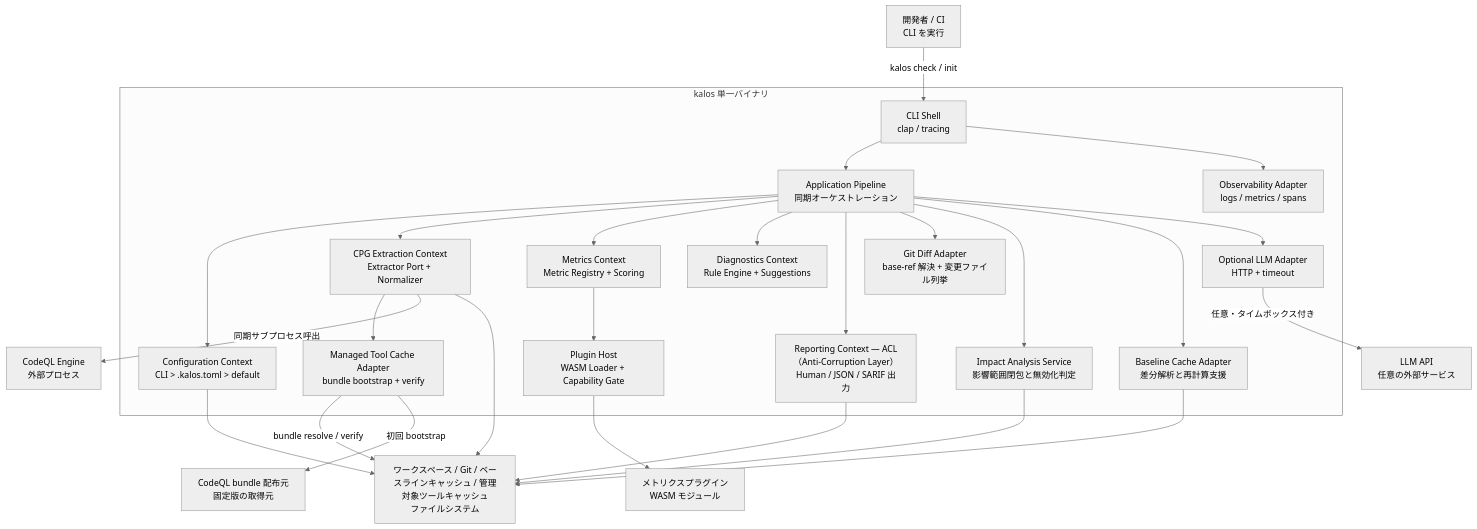
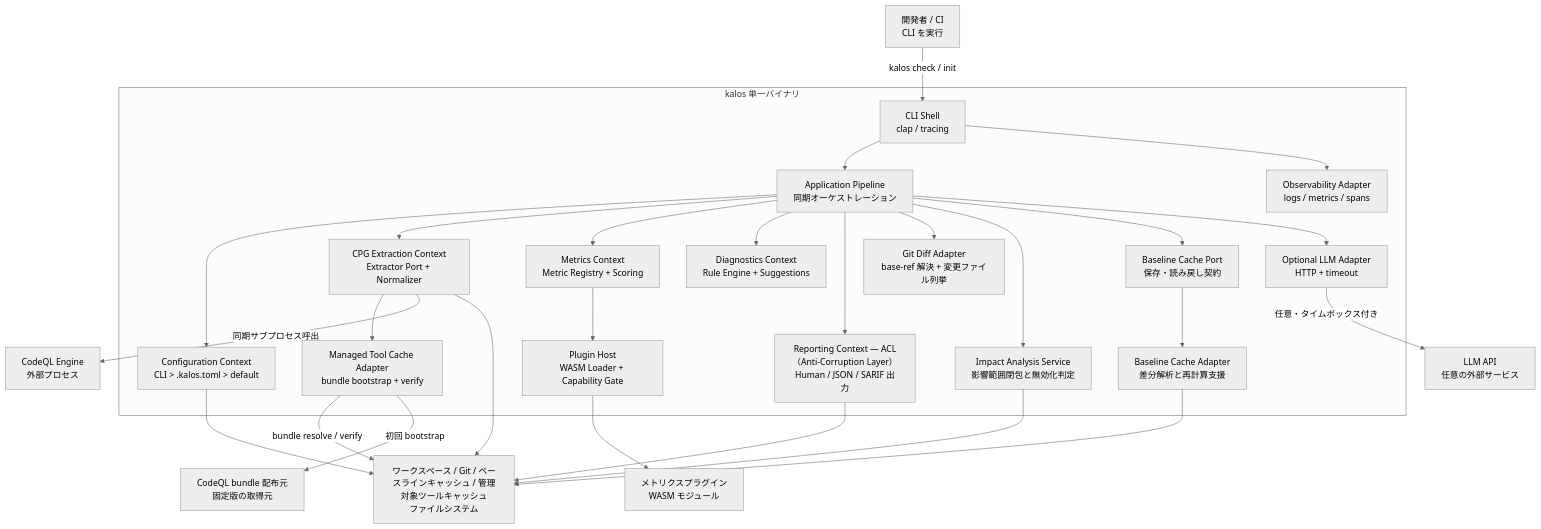
Before and after one commit to RK0429/kalos: the second of 4 diagrams in docs/architecture.md, drawn with Mermaid (neutral theme). The commit also changed other lines of this file and 6 other files, not shown here.

````diff
--- a/docs/architecture.md
+++ b/docs/architecture.md
@@ -97,51 +97,53 @@
 ```mermaid
 graph TB
     User[開発者 / CI<br>CLI を実行]
     BundleSource[CodeQL bundle 配布元<br>固定版の取得元]
     CodeQL[CodeQL Engine<br>外部プロセス]
     LLM[LLM API<br>任意の外部サービス]
     FS[ワークスペース / Git / ベースラインキャッシュ / 管理対象ツールキャッシュ<br>ファイルシステム]
     PluginPkg[メトリクスプラグイン<br>WASM モジュール]
 
     subgraph Kalos["kalos 単一バイナリ"]
         CLI[CLI Shell<br>clap / tracing]
         App[Application Pipeline<br>同期オーケストレーション]
         Config[Configuration Context<br>CLI > .kalos.toml > default]
         Cpg[CPG Extraction Context<br>Extractor Port + Normalizer]
         ToolCache[Managed Tool Cache Adapter<br>bundle bootstrap + verify]
         Metrics[Metrics Context<br>Metric Registry + Scoring]
         Diagnostics[Diagnostics Context<br>Rule Engine + Suggestions]
         Report[Reporting Context — ACL（Anti-Corruption Layer）<br>Human / JSON / SARIF 出力]
         PluginHost[Plugin Host<br>WASM Loader + Capability Gate]
         Impact[Impact Analysis Service<br>影響範囲閉包と無効化判定]
         GIT[Git Diff Adapter<br>base-ref 解決 + 変更ファイル列挙]
+        CachePort[Baseline Cache Port<br>保存・読み戻し契約]
         Cache[Baseline Cache Adapter<br>差分解析と再計算支援]
         LlmAdapter[Optional LLM Adapter<br>HTTP + timeout]
         Obs[Observability Adapter<br>logs / metrics / spans]
     end
 
     User -->|kalos check / init| CLI
     CLI --> App
     App --> Config
     App --> Cpg
     App --> Metrics
     App --> Diagnostics
     App --> Report
     App --> GIT
     App --> Impact
-    App --> Cache
+    App --> CachePort
+    CachePort --> Cache
     App --> LlmAdapter
     CLI --> Obs
     Metrics --> PluginHost
     Cpg --> ToolCache
     Cpg -->|同期サブプロセス呼出| CodeQL
     ToolCache -->|bundle resolve / verify| FS
     ToolCache -->|初回 bootstrap| BundleSource
     LlmAdapter -->|任意・タイムボックス付き| LLM
     PluginHost --> PluginPkg
     Cpg --> FS
     Config --> FS
     Impact --> FS
     Cache --> FS
     Report --> FS
 ```
````
